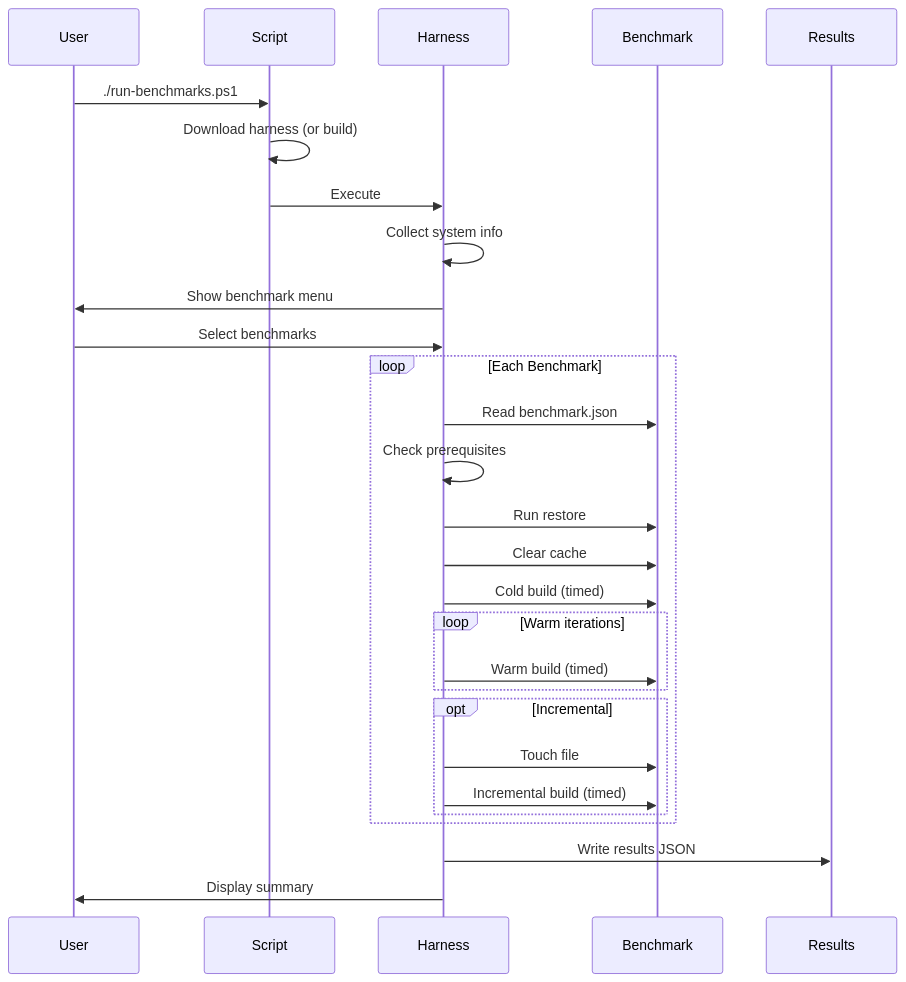
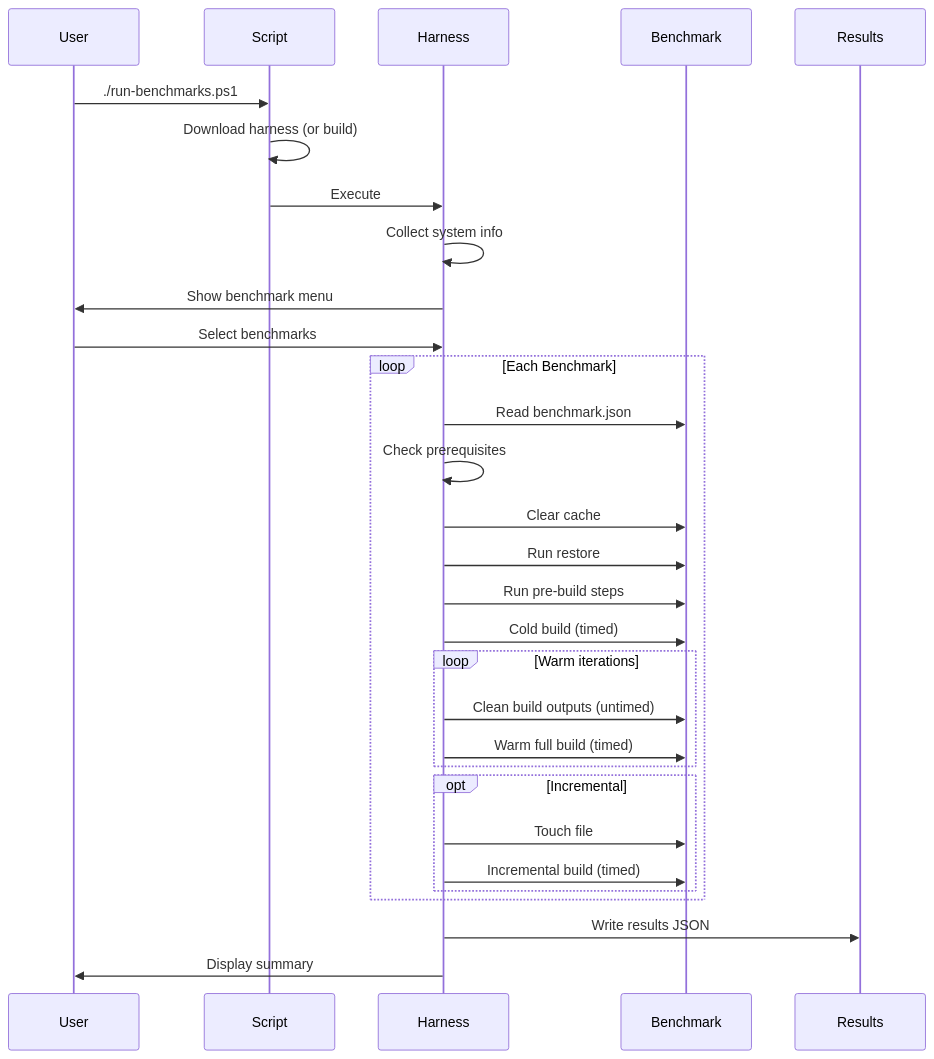
One commit to DamianEdwards/DevBench changed the second of 3 diagrams in docs/architecture.md. Above: the diagram before and after it, drawn with Mermaid. The commit also changed other lines of this file and 19 other files, not shown here.

First line of the commit message:
Fix warm build benchmark semantics

````diff
--- a/docs/architecture.md
+++ b/docs/architecture.md
@@ -78,33 +78,35 @@
 ```mermaid
 sequenceDiagram
     participant User
     participant Script
     participant Harness
     participant Benchmark
     participant Results
     
     User->>Script: ./run-benchmarks.ps1
     Script->>Script: Download harness (or build)
     Script->>Harness: Execute
     Harness->>Harness: Collect system info
     Harness->>User: Show benchmark menu
     User->>Harness: Select benchmarks
     
     loop Each Benchmark
         Harness->>Benchmark: Read benchmark.json
         Harness->>Harness: Check prerequisites
+        Harness->>Benchmark: Clear cache
         Harness->>Benchmark: Run restore
-        Harness->>Benchmark: Clear cache
+        Harness->>Benchmark: Run pre-build steps
         Harness->>Benchmark: Cold build (timed)
         loop Warm iterations
-            Harness->>Benchmark: Warm build (timed)
+            Harness->>Benchmark: Clean build outputs (untimed)
+            Harness->>Benchmark: Warm full build (timed)
         end
         opt Incremental
             Harness->>Benchmark: Touch file
             Harness->>Benchmark: Incremental build (timed)
         end
     end
     
     Harness->>Results: Write results JSON
     Harness->>User: Display summary
 ```
````
